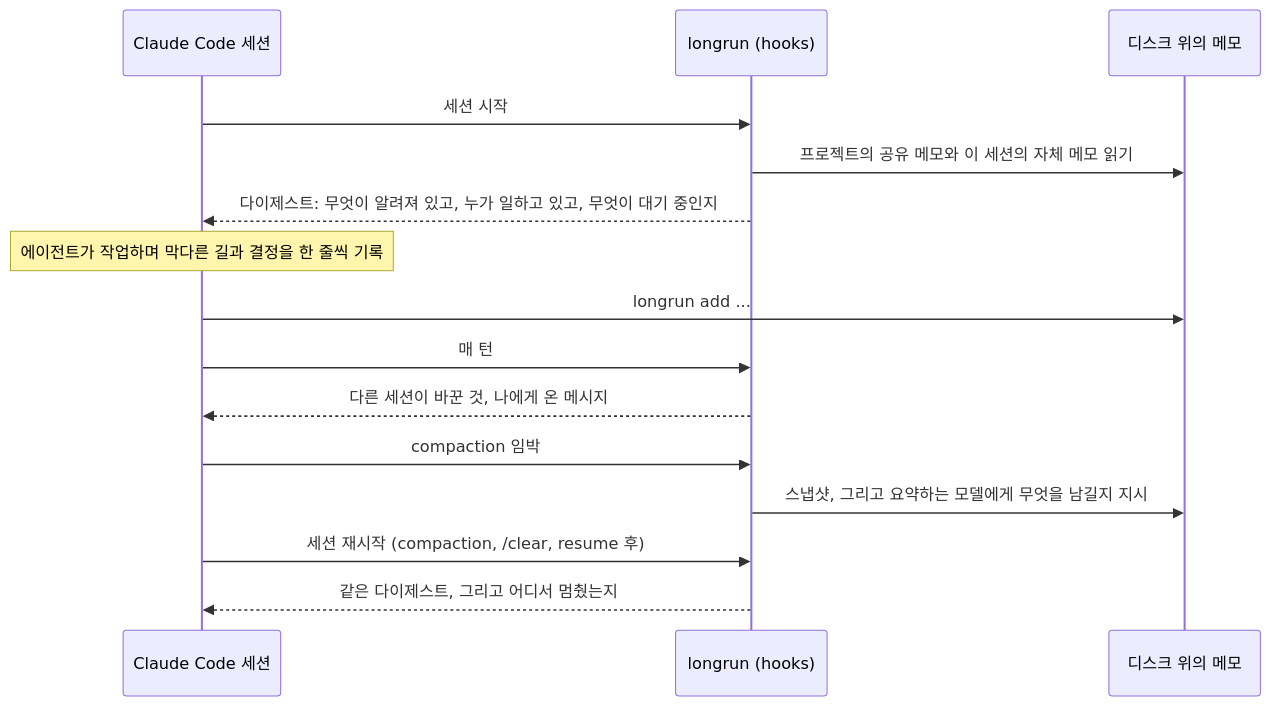
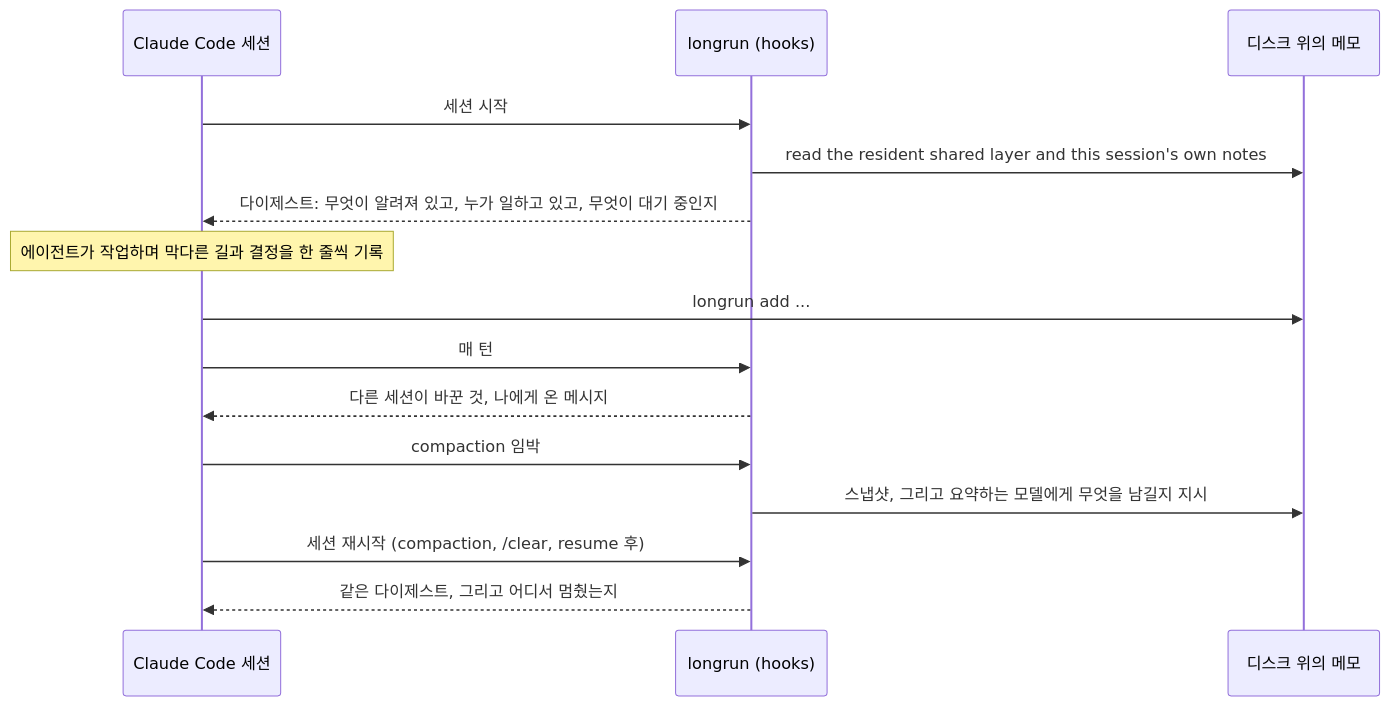
Before and after one commit to krllx/longrun: the diagram in README.ko.md, drawn with Mermaid. The commit also changed other lines of this file and 22 other files, not shown here.

````diff
--- a/README.ko.md
+++ b/README.ko.md
@@ -171,17 +173,17 @@
 ```mermaid
 sequenceDiagram
     participant S as Claude Code 세션
     participant L as longrun (hooks)
     participant D as 디스크 위의 메모
     S->>L: 세션 시작
-    L->>D: 프로젝트의 공유 메모와 이 세션의 자체 메모 읽기
+    L->>D: read the resident shared layer and this session's own notes
     L-->>S: 다이제스트: 무엇이 알려져 있고, 누가 일하고 있고, 무엇이 대기 중인지
     Note over S: 에이전트가 작업하며 막다른 길과 결정을 한 줄씩 기록
     S->>D: longrun add ...
     S->>L: 매 턴
     L-->>S: 다른 세션이 바꾼 것, 나에게 온 메시지
     S->>L: compaction 임박
     L->>D: 스냅샷, 그리고 요약하는 모델에게 무엇을 남길지 지시
     S->>L: 세션 재시작 (compaction, /clear, resume 후)
     L-->>S: 같은 다이제스트, 그리고 어디서 멈췄는지
 ```
````
